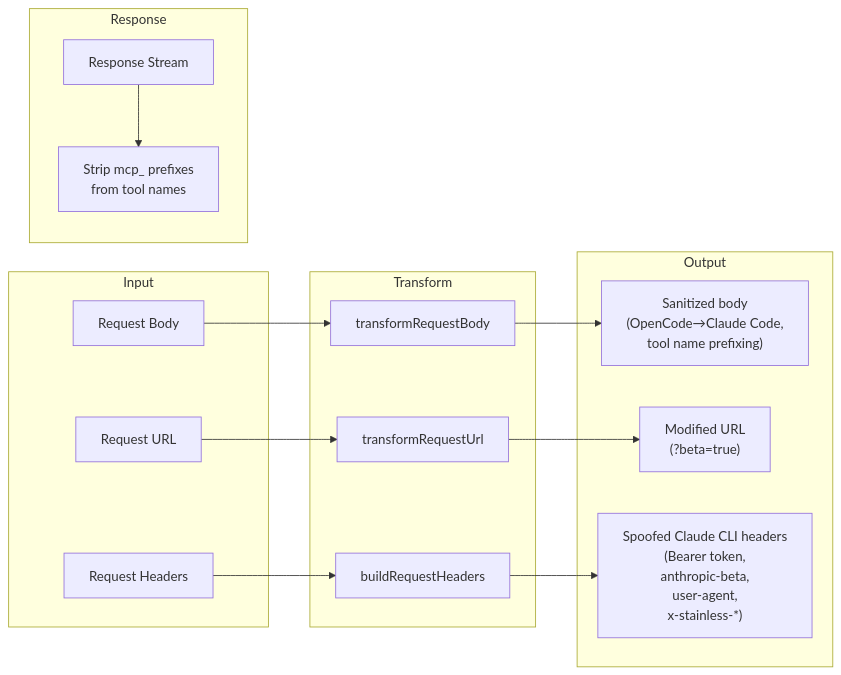
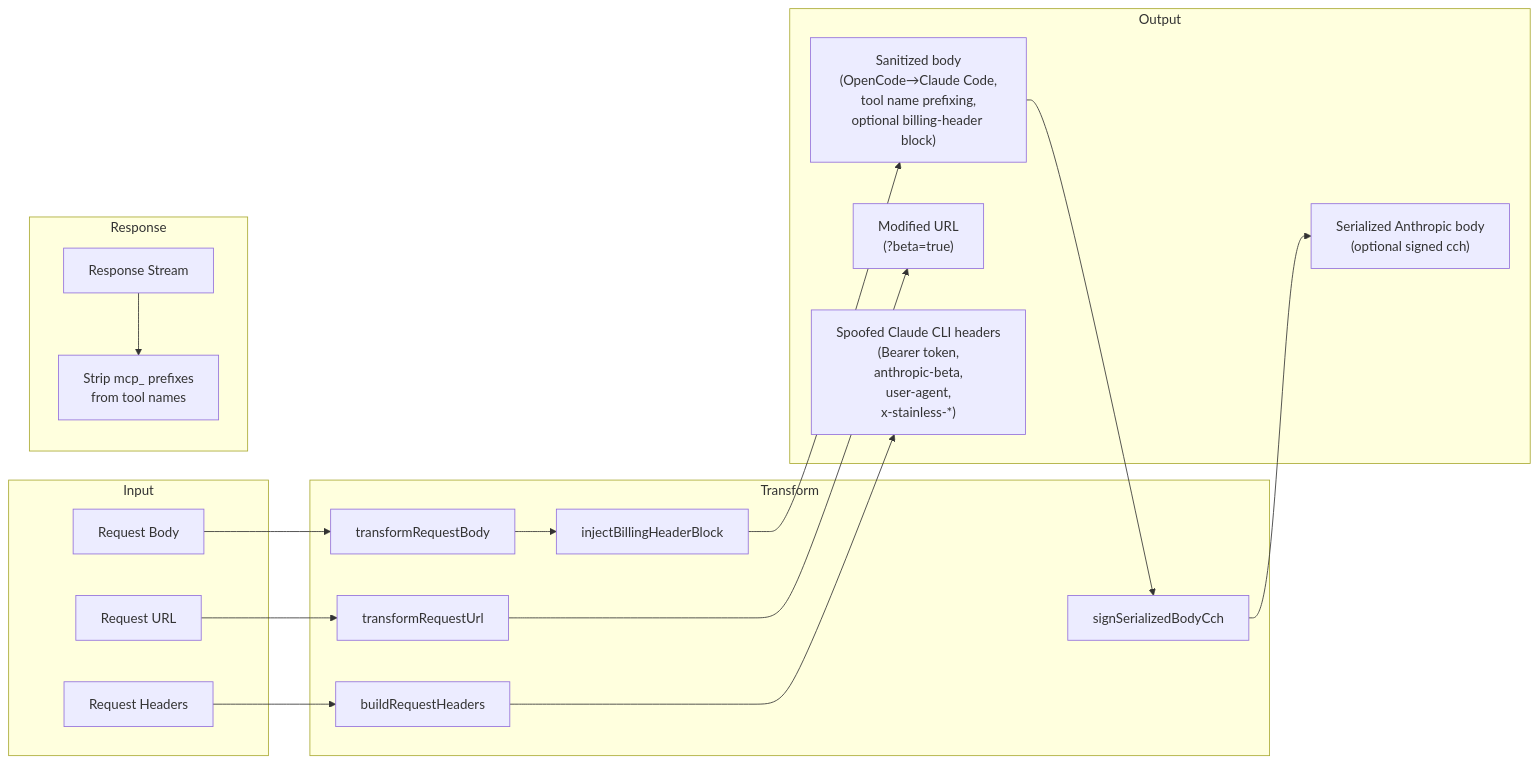
The third of 7 diagrams in CONTRIBUTING.md (IronLu233/opencode-anthropic-auth), drawn with Mermaid before and after one commit. The commit also changed other lines of this file and 12 other files, not shown here.

First line of the commit message:
feat(headers): implement Claude-style attribution fingerprinting and cch signing

````diff
--- a/CONTRIBUTING.md
+++ b/CONTRIBUTING.md
@@ -182,28 +189,31 @@
 ```mermaid
 flowchart LR
     subgraph Input
         Body[Request Body]
         URL[Request URL]
         Headers[Request Headers]
     end
 
     subgraph Transform
         TB[transformRequestBody]
         TU[transformRequestUrl]
+        BI[injectBillingHeaderBlock]
         TH[buildRequestHeaders]
+        CS[signSerializedBodyCch]
     end
 
     subgraph Output
-        OB["Sanitized body<br/>(OpenCode→Claude Code,<br/>tool name prefixing)"]
+        OB["Sanitized body<br/>(OpenCode→Claude Code,<br/>tool name prefixing,<br/>optional billing-header block)"]
         OU["Modified URL<br/>(?beta=true)"]
         OH["Spoofed Claude CLI headers<br/>(Bearer token,<br/>anthropic-beta,<br/>user-agent,<br/>x-stainless-*)"]
+        SB["Serialized Anthropic body<br/>(optional signed cch)"]
     end
 
-    Body --> TB --> OB
+    Body --> TB --> BI --> OB --> CS --> SB
     URL --> TU --> OU
     Headers --> TH --> OH
 
     subgraph Response
         RS[Response Stream] --> Strip["Strip mcp_ prefixes<br/>from tool names"]
     end
 ```
````
